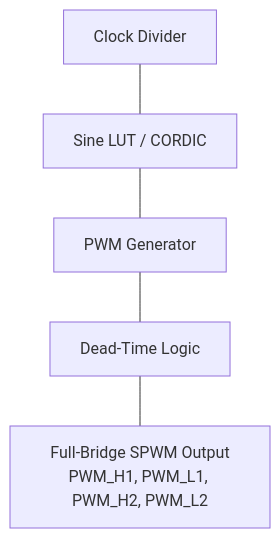
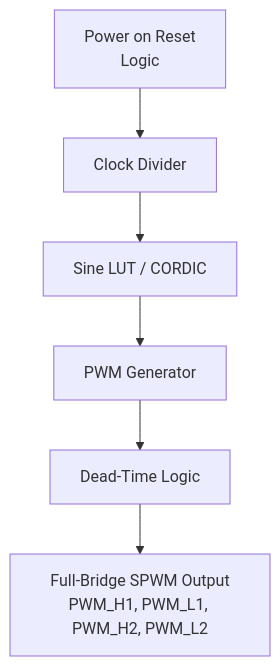
The first of 2 diagrams in README.md (raybello/tt-pure-sine-gen), drawn with Mermaid before and after one commit. The commit also changed other lines of this file, not shown here.

Commit message:
update baseUrl

````diff
--- a/README.md
+++ b/README.md
@@ -104,9 +104,10 @@
 ``` mermaid
 flowchart
-	n1["Clock Divider"]
-	n1 --- n2["Sine LUT / CORDIC"]
-	n2 --- n3
-	n3["PWM Generator"]
-	n3 --- n4["Dead-Time Logic"]
-	n4 --- n5["Full-Bridge SPWM Output<br>PWM_H1, PWM_L1, PWM_H2, PWM_L2"]
+    n0["Power on Reset 
+    Logic"]
+	n0 --> n1["Clock Divider"]
+	n1 --> n2["Sine LUT / CORDIC"]
+	n2 --> n3["PWM Generator"]
+	n3 --> n4["Dead-Time Logic"]
+	n4 --> n5["Full-Bridge SPWM Output<br>PWM_H1, PWM_L1, PWM_H2, PWM_L2"]
 ```
````
